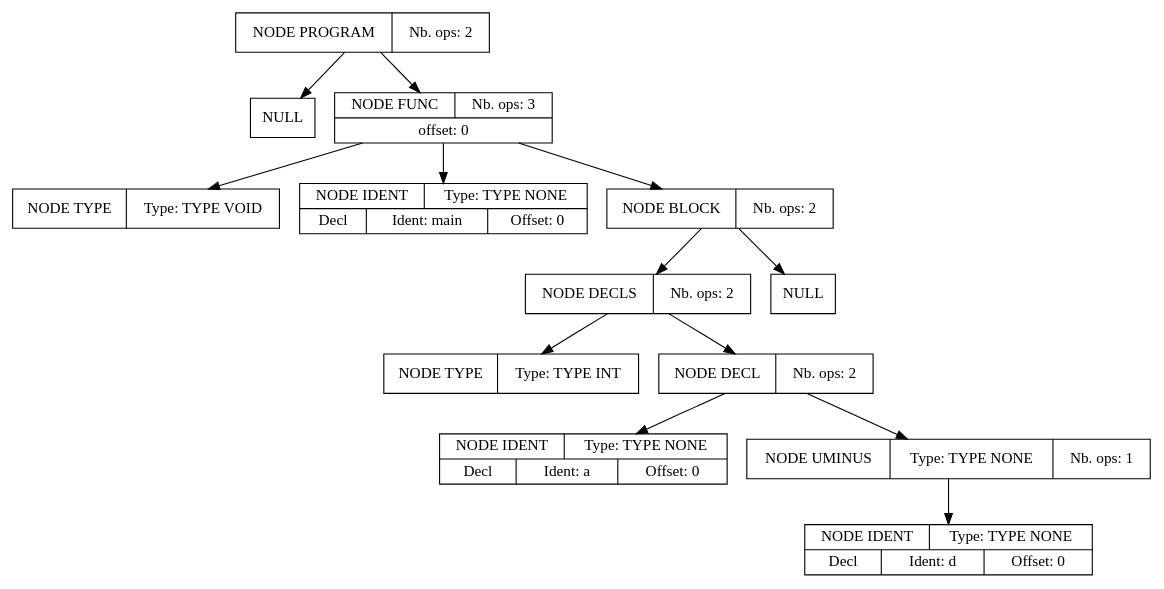
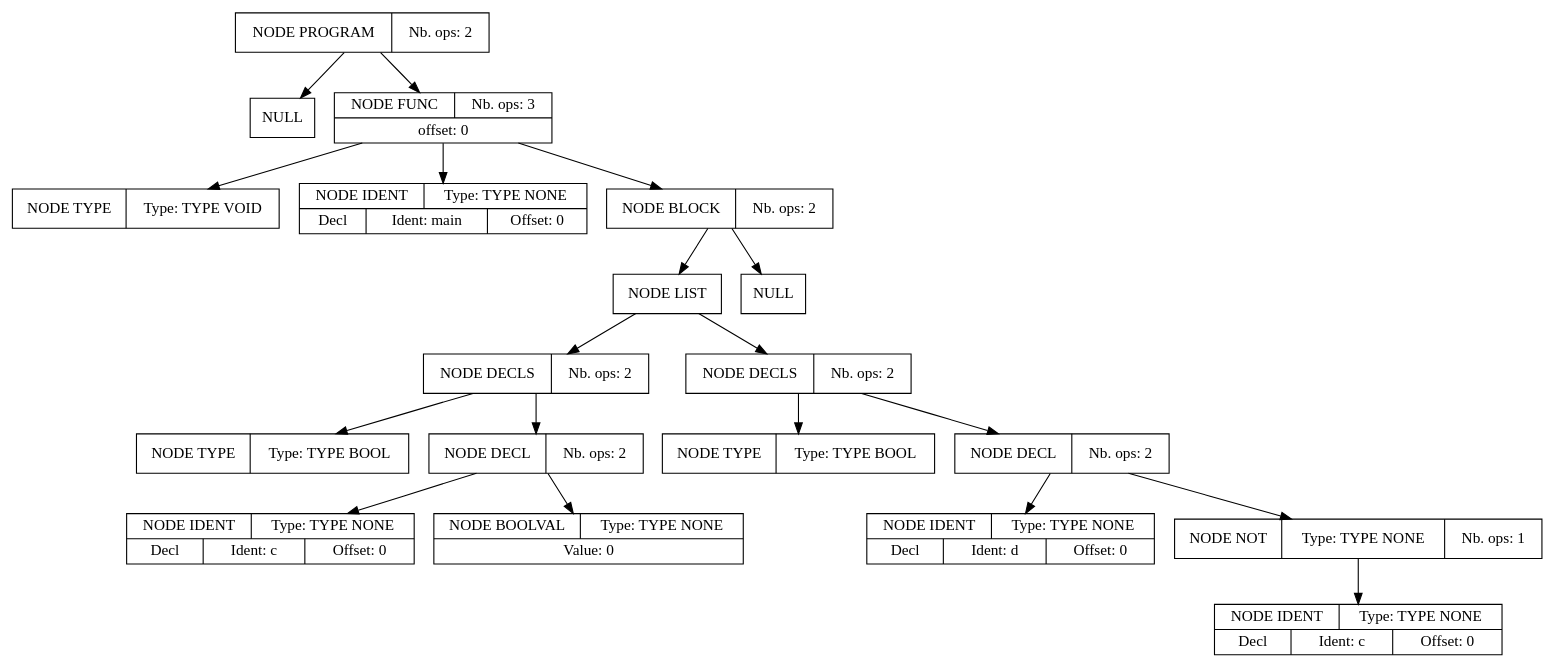
Before and after one commit to Youssefch05/Projet_compilation: the diagram in apres_syntaxe.dot, drawn with Graphviz. The commit also changed 9 other files, not shown here.

```diff
--- a/apres_syntaxe.dot
+++ b/apres_syntaxe.dot
@@ -1,39 +1,57 @@
 digraph global_vars {
     N1 [shape=record, label="{{NODE PROGRAM|Nb. ops: 2}}"];
     N2 [shape=record, label="{{NULL}}"];
     edge[tailclip=true];
     N1 -> N2
     N3 [shape=record, label="{{NODE FUNC|Nb. ops: 3}|{offset: 0}}"];
     N4 [shape=record, label="{{NODE TYPE|Type: TYPE VOID}}"];
     edge[tailclip=true];
     N3 -> N4
     N5 [shape=record, label="{{NODE IDENT|Type: TYPE NONE}|{<decl>Decl      |Ident: main|Offset: 0}}"];
     edge[tailclip=true];
     N3 -> N5
     N6 [shape=record, label="{{NODE BLOCK|Nb. ops: 2}}"];
-    N7 [shape=record, label="{{NODE DECLS|Nb. ops: 2}}"];
-    N8 [shape=record, label="{{NODE TYPE|Type: TYPE INT}}"];
+    N7 [shape=record, label="{{NODE LIST}}"];
+    N8 [shape=record, label="{{NODE DECLS|Nb. ops: 2}}"];
+    N9 [shape=record, label="{{NODE TYPE|Type: TYPE BOOL}}"];
+    edge[tailclip=true];
+    N8 -> N9
+    N10 [shape=record, label="{{NODE DECL|Nb. ops: 2}}"];
+    N11 [shape=record, label="{{NODE IDENT|Type: TYPE NONE}|{<decl>Decl      |Ident: c|Offset: 0}}"];
+    edge[tailclip=true];
+    N10 -> N11
+    N12 [shape=record, label="{{NODE BOOLVAL|Type: TYPE NONE}|{Value: 0}}"];
+    edge[tailclip=true];
+    N10 -> N12
+    edge[tailclip=true];
+    N8 -> N10
     edge[tailclip=true];
     N7 -> N8
-    N9 [shape=record, label="{{NODE DECL|Nb. ops: 2}}"];
-    N10 [shape=record, label="{{NODE IDENT|Type: TYPE NONE}|{<decl>Decl      |Ident: a|Offset: 0}}"];
+    N13 [shape=record, label="{{NODE DECLS|Nb. ops: 2}}"];
+    N14 [shape=record, label="{{NODE TYPE|Type: TYPE BOOL}}"];
     edge[tailclip=true];
-    N9 -> N10
-    N11 [shape=record, label="{{NODE UMINUS|Type: TYPE NONE|Nb. ops: 1}}"];
-    N12 [shape=record, label="{{NODE IDENT|Type: TYPE NONE}|{<decl>Decl      |Ident: d|Offset: 0}}"];
+    N13 -> N14
+    N15 [shape=record, label="{{NODE DECL|Nb. ops: 2}}"];
+    N16 [shape=record, label="{{NODE IDENT|Type: TYPE NONE}|{<decl>Decl      |Ident: d|Offset: 0}}"];
     edge[tailclip=true];
-    N11 -> N12
+    N15 -> N16
+    N17 [shape=record, label="{{NODE NOT|Type: TYPE NONE|Nb. ops: 1}}"];
+    N18 [shape=record, label="{{NODE IDENT|Type: TYPE NONE}|{<decl>Decl      |Ident: c|Offset: 0}}"];
     edge[tailclip=true];
-    N9 -> N11
+    N17 -> N18
     edge[tailclip=true];
-    N7 -> N9
+    N15 -> N17
+    edge[tailclip=true];
+    N13 -> N15
+    edge[tailclip=true];
+    N7 -> N13
     edge[tailclip=true];
     N6 -> N7
-    N13 [shape=record, label="{{NULL}}"];
+    N19 [shape=record, label="{{NULL}}"];
     edge[tailclip=true];
-    N6 -> N13
+    N6 -> N19
     edge[tailclip=true];
     N3 -> N6
     edge[tailclip=true];
     N1 -> N3
 }
```
